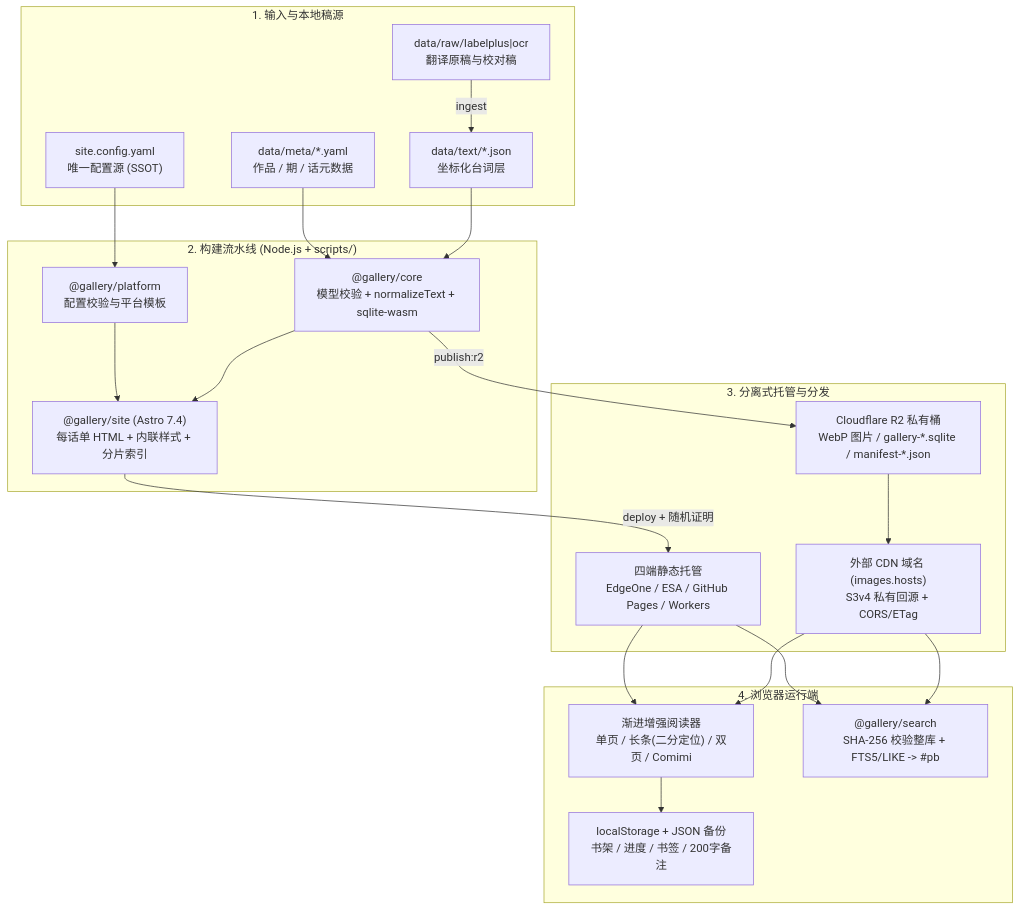
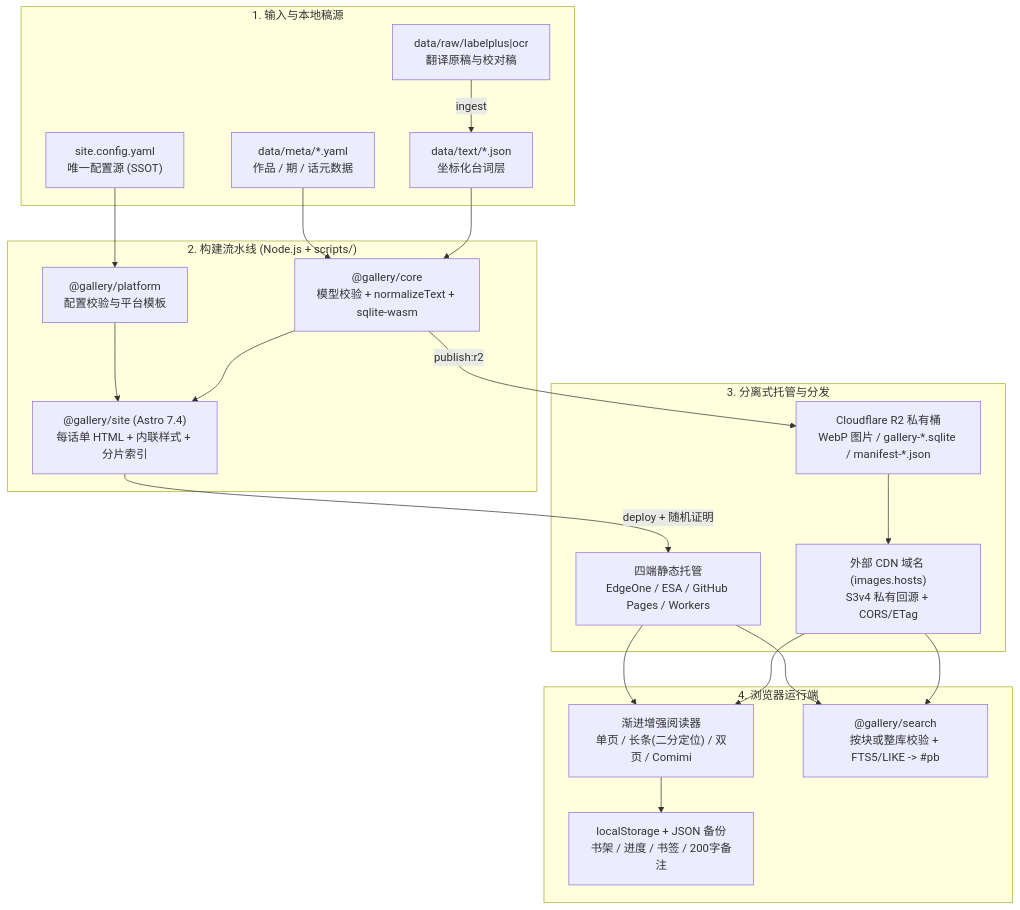
The diagram in docs-site/docs/architecture.md (CyberNova2333/pagehaven), drawn with Mermaid before and after one commit. The commit also changed other lines of this file and 36 other files, not shown here.

````diff
--- a/docs-site/docs/architecture.md
+++ b/docs-site/docs/architecture.md
@@ -7,35 +7,35 @@
 ```mermaid
 flowchart TB
   subgraph Input["1. 输入与本地稿源"]
     Meta["data/meta/*.yaml<br/>作品 / 期 / 话元数据"]
     Text["data/text/*.json<br/>坐标化台词层"]
     Raw["data/raw/labelplus|ocr<br/>翻译原稿与校对稿"]
     Cfg["site.config.yaml<br/>唯一配置源 (SSOT)"]
   end
 
   subgraph Build["2. 构建流水线 (Node.js + scripts/)"]
     Plat["@gallery/platform<br/>配置校验与平台模板"]
     Core["@gallery/core<br/>模型校验 + normalizeText + sqlite-wasm"]
     Site["@gallery/site (Astro 7.4)<br/>每话单 HTML + 内联样式 + 分片索引"]
   end
 
   subgraph Delivery["3. 分离式托管与分发"]
     R2["Cloudflare R2 私有桶<br/>WebP 图片 / gallery-*.sqlite / manifest-*.json"]
     CDN["外部 CDN 域名 (images.hosts)<br/>S3v4 私有回源 + CORS/ETag"]
     Hosts["四端静态托管<br/>EdgeOne / ESA / GitHub Pages / Workers"]
   end
 
   subgraph Browser["4. 浏览器运行端"]
     Reader["渐进增强阅读器<br/>单页 / 长条(二分定位) / 双页 / Comimi"]
-    Search["@gallery/search<br/>SHA-256 校验整库 + FTS5/LIKE -> #p<n>b<i>"]
+    Search["@gallery/search<br/>按块或整库校验 + FTS5/LIKE -> #p<n>b<i>"]
     Vault["localStorage + JSON 备份<br/>书架 / 进度 / 书签 / 200字备注"]
   end
 
   Raw -->|ingest| Text
   Cfg --> Plat --> Site
   Meta & Text --> Core --> Site
   Core -->|publish:r2| R2 --> CDN
   Site -->|deploy + 随机证明| Hosts
   Hosts & CDN --> Reader & Search
   Reader --> Vault
 ```
````
